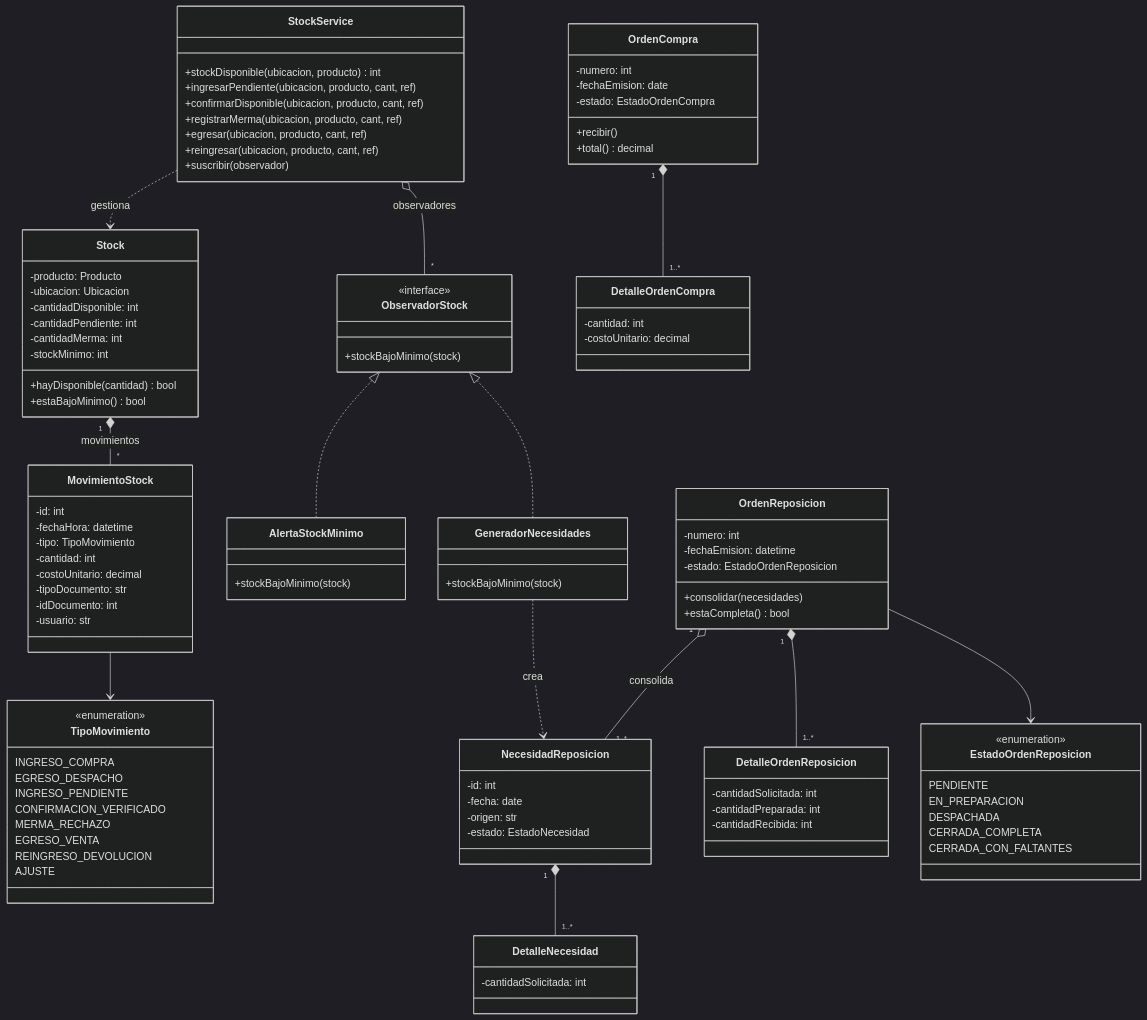
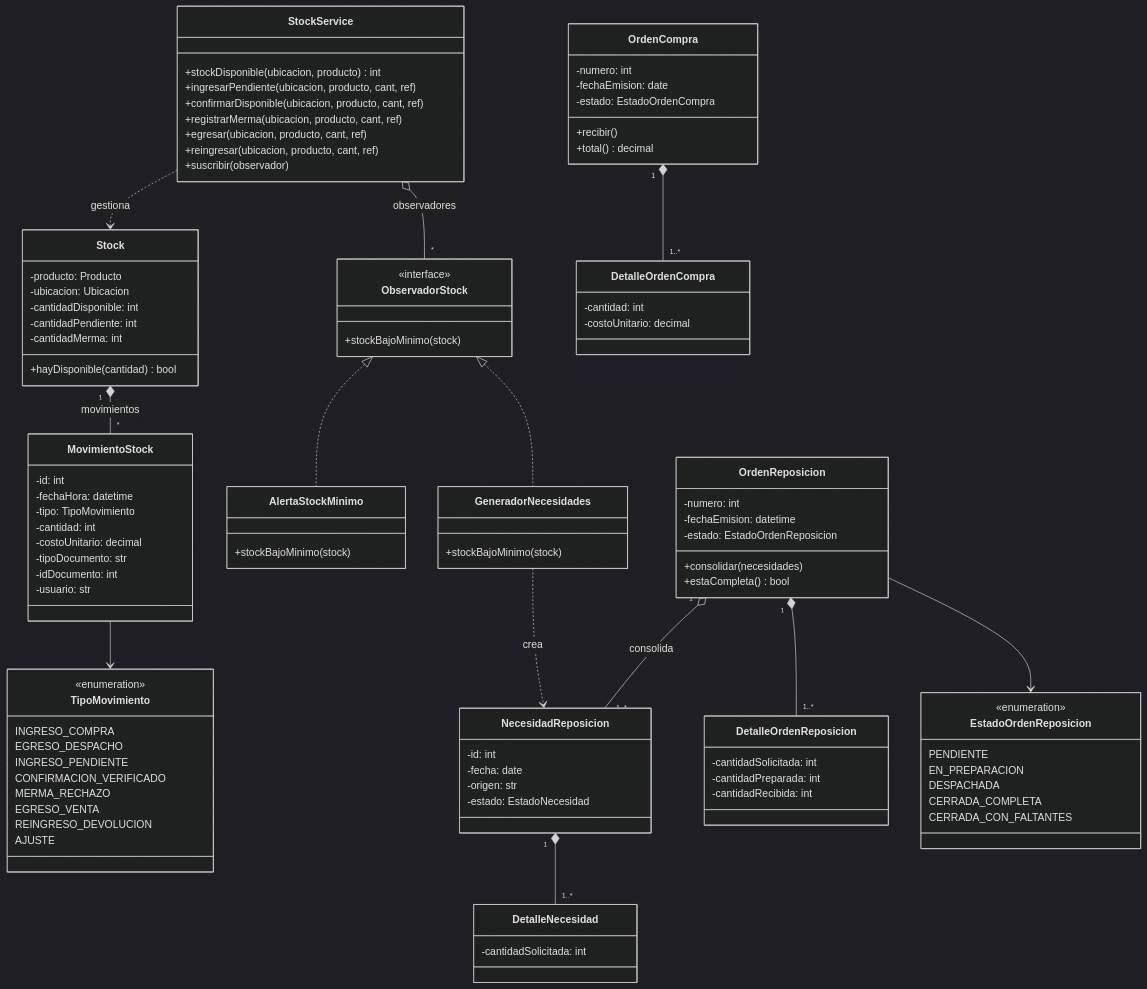
Before and after one commit to joaquin-brachetto/DAO-TP: the third of 6 diagrams in docs/modelo_dominio.md, drawn with Mermaid (dark theme). The commit also changed other lines of this file and 8 other files, not shown here.

```diff
--- a/docs/modelo_dominio.md
+++ b/docs/modelo_dominio.md
@@ -166,9 +178,7 @@
         -cantidadDisponible: int
         -cantidadPendiente: int
         -cantidadMerma: int
-        -stockMinimo: int
         +hayDisponible(cantidad) bool
-        +estaBajoMinimo() bool
     }
     class MovimientoStock {
         -id: int
```
